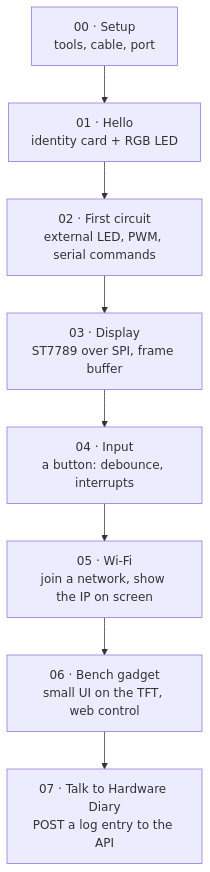
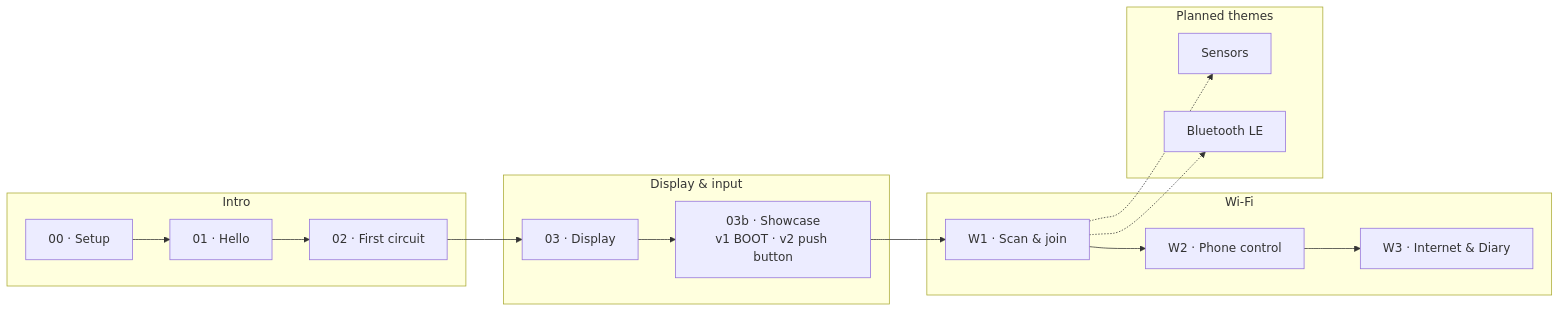
One commit to agharsallah/esp-labs changed the second of 5 diagrams in README.md. Above: the diagram before and after it, drawn with Mermaid. The commit also changed other lines of this file, not shown here.

First line of the commit message:
docs(test-esp): document themes, the showcase, the Wi-Fi track and the bench routine

````diff
--- a/README.md
+++ b/README.md
@@ -47,10 +53,20 @@
 ```mermaid
-flowchart TD
-  L0["00 · Setup<br/>tools, cable, port"] --> L1["01 · Hello<br/>identity card + RGB LED"]
-  L1 --> L2["02 · First circuit<br/>external LED, PWM, serial commands"]
-  L2 --> L3["03 · Display<br/>ST7789 over SPI, frame buffer"]
-  L3 --> L4["04 · Input<br/>a button: debounce, interrupts"]
-  L4 --> L5["05 · Wi-Fi<br/>join a network, show the IP on screen"]
-  L5 --> L6["06 · Bench gadget<br/>small UI on the TFT, web control"]
-  L6 --> L7["07 · Talk to Hardware Diary<br/>POST a log entry to the API"]
+flowchart LR
+  subgraph Intro
+    L0["00 · Setup"] --> L1["01 · Hello"] --> L2["02 · First circuit"]
+  end
+  subgraph Display["Display & input"]
+    L3["03 · Display"] --> L3b["03b · Showcase<br/>v1 BOOT · v2 push button"]
+  end
+  subgraph WiFi["Wi-Fi"]
+    W1["W1 · Scan & join"] --> W2["W2 · Phone control"] --> W3["W3 · Internet & Diary"]
+  end
+  subgraph Planned["Planned themes"]
+    S["Sensors"]
+    B["Bluetooth LE"]
+  end
+  L2 --> L3
+  L3b --> W1
+  W1 -.-> S
+  W1 -.-> B
 ```
````
